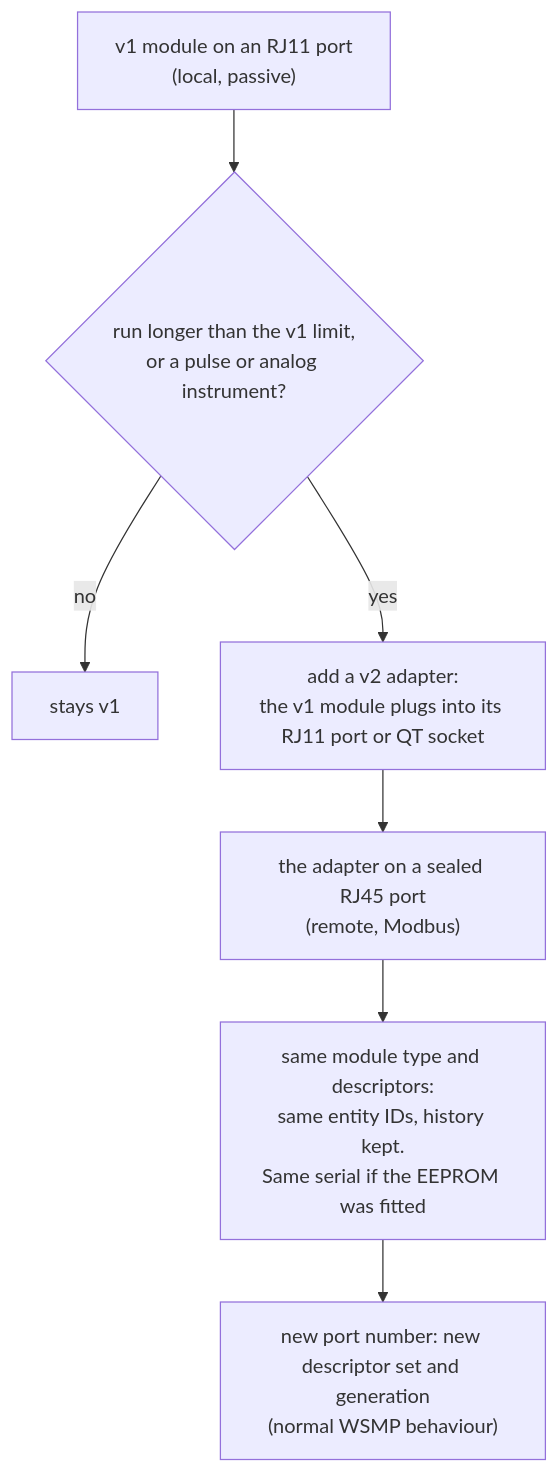
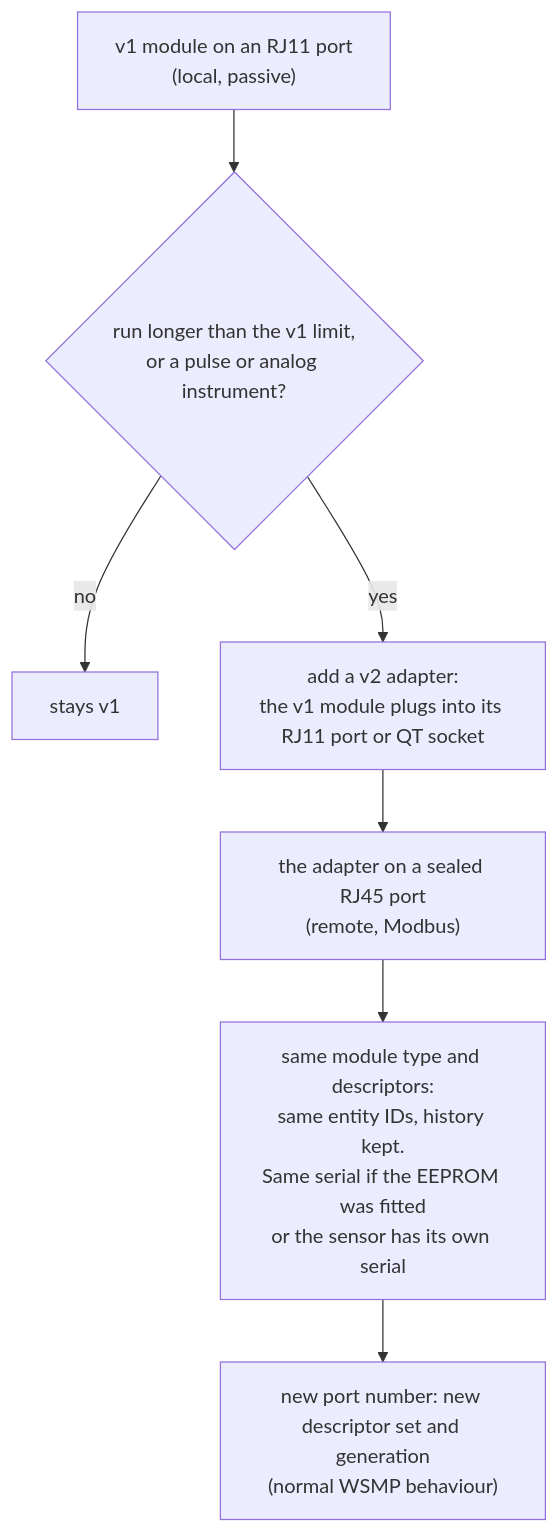
Before and after one commit to clintecker/weather-station-2026: diagram 11 of 11 in docs/superpowers/specs/2026-10-21-sensor-module-ports-design.md, drawn with Mermaid. The commit also changed other lines of this file and 1 other file, not shown here.

````diff
--- a/docs/superpowers/specs/2026-10-21-sensor-module-ports-design.md
+++ b/docs/superpowers/specs/2026-10-21-sensor-module-ports-design.md
@@ -611,9 +640,9 @@
 ```mermaid
 flowchart TD
   A["v1 module on an RJ11 port<br/>(local, passive)"] --> Q{"run longer than the v1 limit,<br/>or a pulse or analog instrument?"}
   Q -- no --> STAY["stays v1"]
   Q -- yes --> B["add a v2 adapter:<br/>the v1 module plugs into its RJ11 port or QT socket"]
   B --> C["the adapter on a sealed RJ45 port<br/>(remote, Modbus)"]
-  C --> D["same module type and descriptors:<br/>same entity IDs, history kept.<br/>Same serial if the EEPROM was fitted"]
+  C --> D["same module type and descriptors:<br/>same entity IDs, history kept.<br/>Same serial if the EEPROM was fitted<br/>or the sensor has its own serial"]
   D --> E["new port number: new descriptor set and generation<br/>(normal WSMP behaviour)"]
 ```
````
